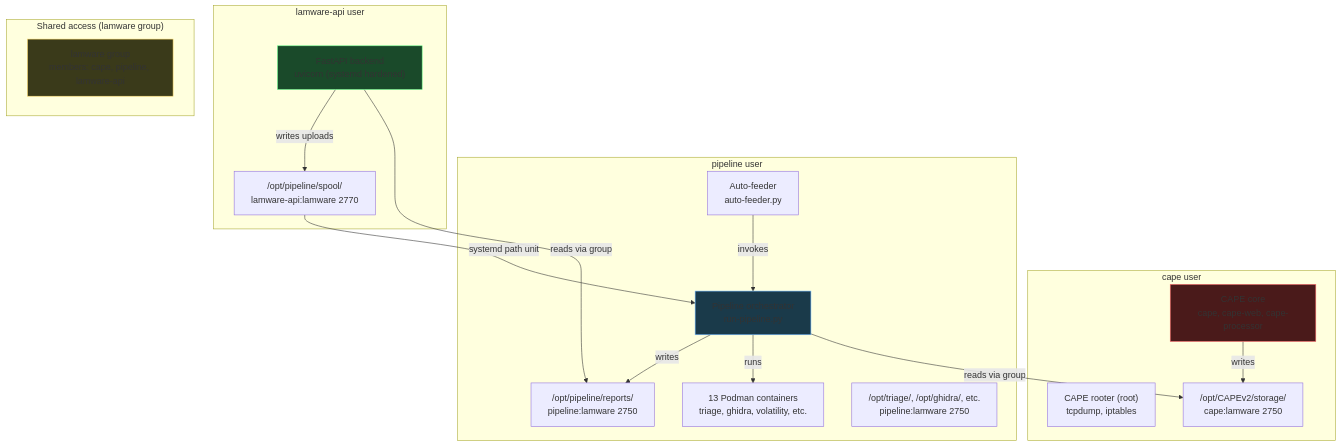
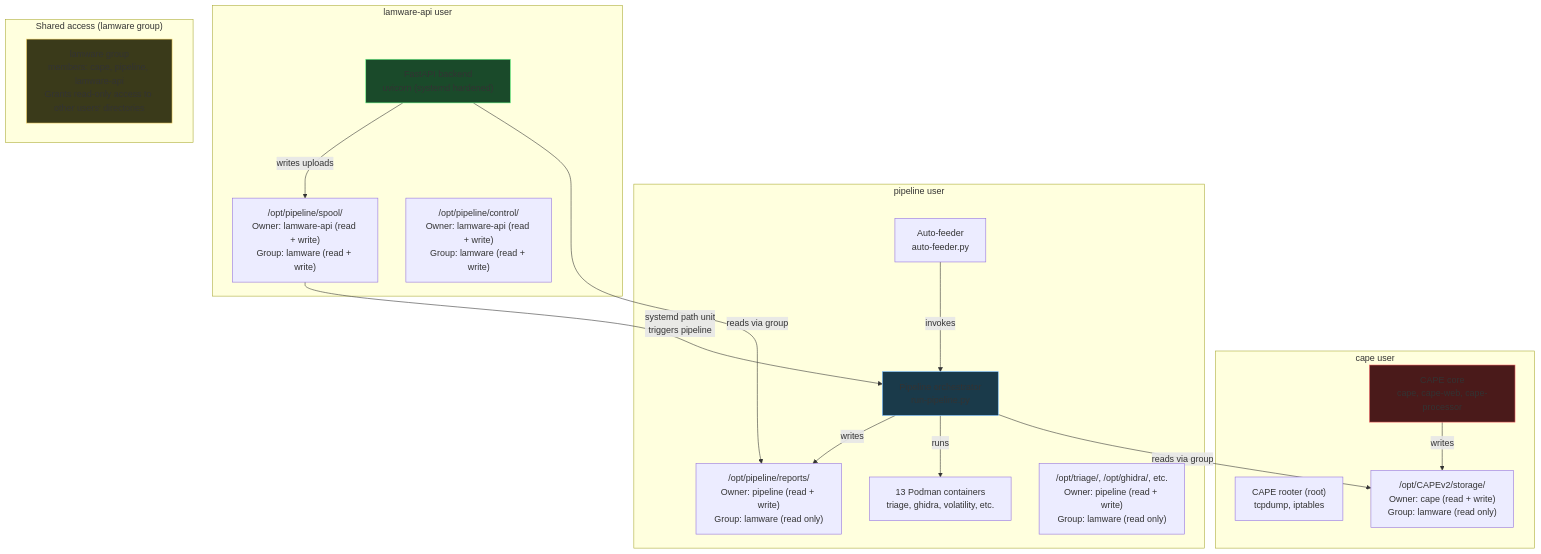
Before and after one commit to chrisshaiman/lamware: the diagram in README.md, drawn with Mermaid. The commit also changed other lines of this file, not shown here.

First line of the commit message:
docs: expand user separation diagram with plain-English permissions

````diff
--- a/README.md
+++ b/README.md
@@ -247,40 +247,41 @@
 ```mermaid
 graph TB
     subgraph "cape user"
         CAPE_CORE["CAPE core<br/>cape, cape-web, cape-processor"]
         CAPE_ROOTER["CAPE rooter (root)<br/>tcpdump, iptables"]
-        CAPE_STORAGE["/opt/CAPEv2/storage/<br/>cape:lamware 2750"]
+        CAPE_STORAGE["/opt/CAPEv2/storage/<br/>Owner: cape (read + write)<br/>Group: lamware (read only)"]
     end
 
     subgraph "pipeline user"
         PIPELINE["Pipeline orchestrator<br/>run-pipeline.py"]
         AUTOFEEDER["Auto-feeder<br/>auto-feeder.py"]
         CONTAINERS["13 Podman containers<br/>triage, ghidra, volatility, etc."]
-        REPORTS["/opt/pipeline/reports/<br/>pipeline:lamware 2750"]
-        TOOLS["/opt/triage/, /opt/ghidra/, etc.<br/>pipeline:lamware 2750"]
+        REPORTS["/opt/pipeline/reports/<br/>Owner: pipeline (read + write)<br/>Group: lamware (read only)"]
+        TOOLS["/opt/triage/, /opt/ghidra/, etc.<br/>Owner: pipeline (read + write)<br/>Group: lamware (read only)"]
     end
 
     subgraph "lamware-api user"
         API["FastAPI backend<br/>uvicorn (systemd hardened)"]
-        SPOOL["/opt/pipeline/spool/<br/>lamware-api:lamware 2770"]
+        SPOOL["/opt/pipeline/spool/<br/>Owner: lamware-api (read + write)<br/>Group: lamware (read + write)"]
+        CONTROL["/opt/pipeline/control/<br/>Owner: lamware-api (read + write)<br/>Group: lamware (read + write)"]
     end
 
     subgraph "Shared access (lamware group)"
         direction LR
-        LAMWARE_GROUP["lamware group<br/>members: cape, pipeline, lamware-api"]
+        LAMWARE_GROUP["lamware group<br/>members: cape, pipeline, lamware-api<br/>Grants read-only access to other users' directories"]
     end
 
     CAPE_CORE -->|writes| CAPE_STORAGE
     PIPELINE -->|reads via group| CAPE_STORAGE
     PIPELINE -->|runs| CONTAINERS
     PIPELINE -->|writes| REPORTS
     API -->|reads via group| REPORTS
     API -->|writes uploads| SPOOL
-    SPOOL -->|systemd path unit| PIPELINE
+    SPOOL -->|systemd path unit<br/>triggers pipeline| PIPELINE
     AUTOFEEDER -->|invokes| PIPELINE
 
     style CAPE_CORE fill:#4a1a1a,stroke:#ff6b6b
     style PIPELINE fill:#1a3a4a,stroke:#6bb5ff
     style API fill:#1a4a2a,stroke:#6bff8b
     style LAMWARE_GROUP fill:#3a3a1a,stroke:#ffdb6b
 ```
````
